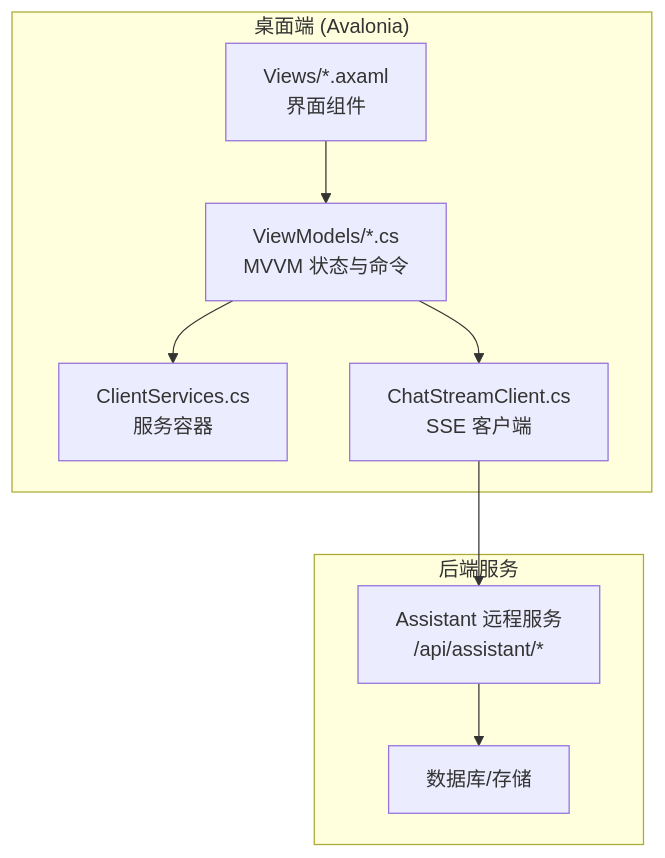
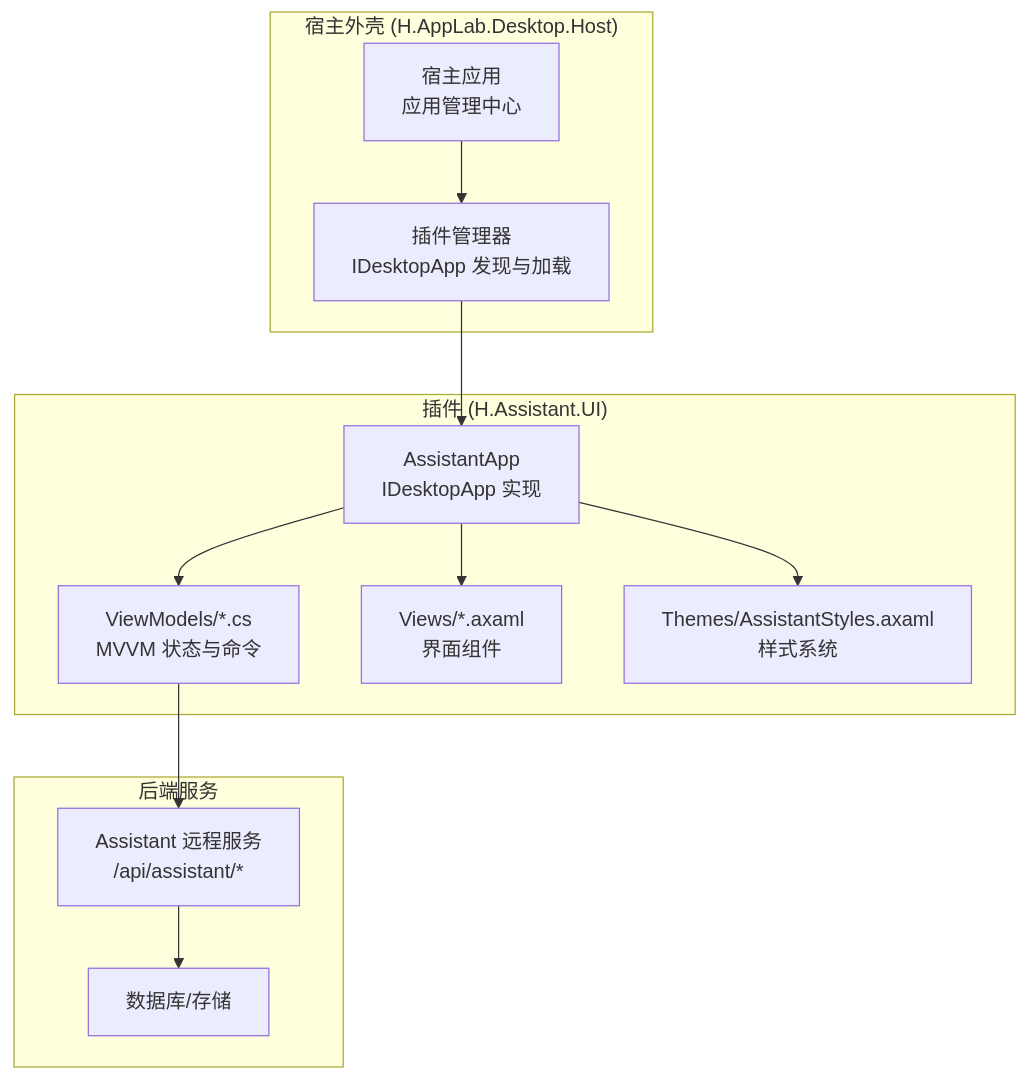
Before and after one commit to openlowcodelab/lowcode: the second of 8 diagrams in .qoder/repowiki/zh/content/AI助手服务/桌面端应用/桌面端应用.md, drawn with Mermaid. The commit also changed other lines of this file and 31 other files, not shown here.

Commit message:
H.AppLab.Desktop.Host 界面调整

````diff
--- a/.qoder/repowiki/zh/content/AI助手服务/桌面端应用/桌面端应用.md
+++ b/.qoder/repowiki/zh/content/AI助手服务/桌面端应用/桌面端应用.md
@@ -123,18 +111,24 @@
 ```mermaid
 graph TB
-subgraph "桌面端 (Avalonia)"
+subgraph "宿主外壳 (H.AppLab.Desktop.Host)"
+Host["宿主应用<br/>应用管理中心"]
+Plugins["插件管理器<br/>IDesktopApp 发现与加载"]
+end
+subgraph "插件 (H.Assistant.UI)"
+Plugin["AssistantApp<br/>IDesktopApp 实现"]
+VM["ViewModels/*.cs<br/>MVVM 状态与命令"]
 UI["Views/*.axaml<br/>界面组件"]
-VM["ViewModels/*.cs<br/>MVVM 状态与命令"]
-SVC["ClientServices.cs<br/>服务容器"]
-NET["ChatStreamClient.cs<br/>SSE 客户端"]
+Styles["Themes/AssistantStyles.axaml<br/>样式系统"]
 end
 subgraph "后端服务"
 API["Assistant 远程服务<br/>/api/assistant/*"]
 DB["数据库/存储"]
 end
-UI --> VM
-VM --> SVC
-VM --> NET
-NET --> API
+Host --> Plugins
+Plugins --> Plugin
+Plugin --> VM
+Plugin --> UI
+Plugin --> Styles
+VM --> API
 API --> DB
 ```
````
